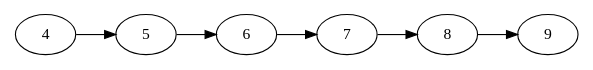
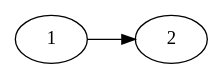
The diagram in graphs-networks/c-networks/graphviz/list_graph.dot (mickey-is-codin/data-structures), drawn with Graphviz before and after one commit. The commit also changed 6 other files, not shown here.

Commit message:
Working on generating array of linked lists and then plotting that in graphviz

```diff
--- a/graphs-networks/c-networks/graphviz/list_graph.dot
+++ b/graphs-networks/c-networks/graphviz/list_graph.dot
@@ -1,10 +1,6 @@
 digraph unix {
 	size="6,6";
 	rankdir="LR";
 
-	4 -> 5
-	5 -> 6
-	6 -> 7
-	7 -> 8
-	8 -> 9
+	1 -> 2
 }
```
